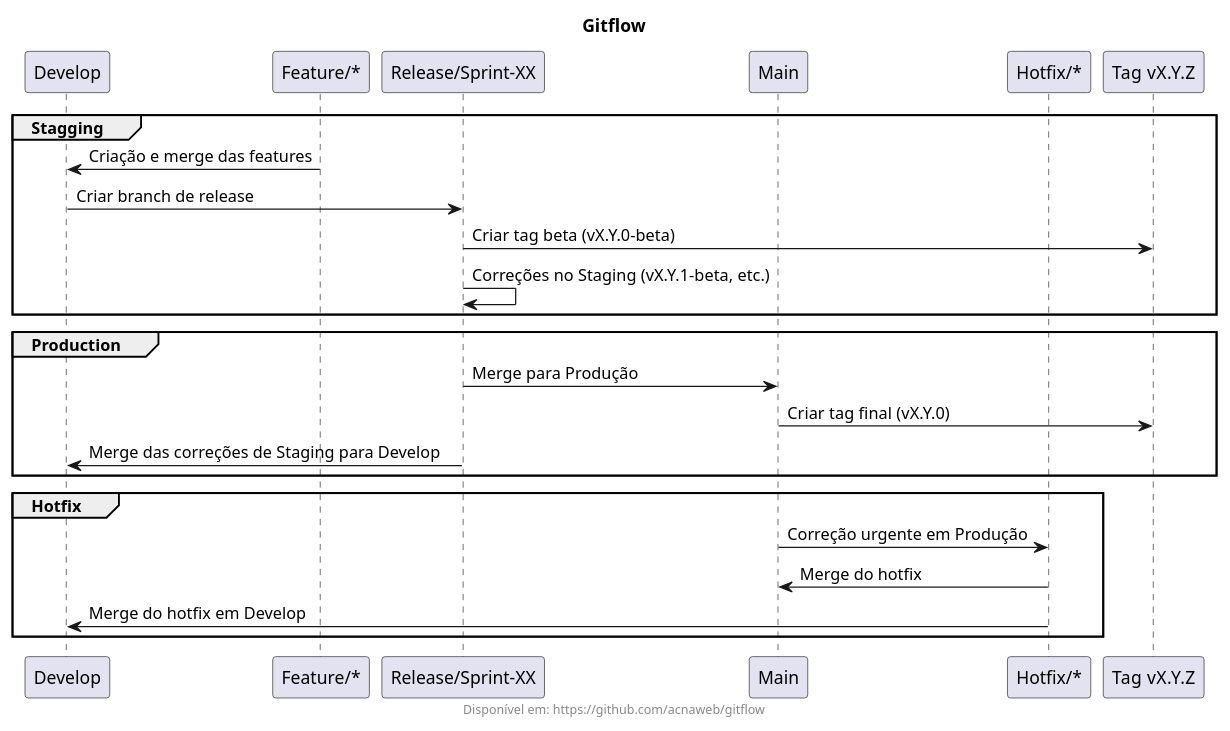
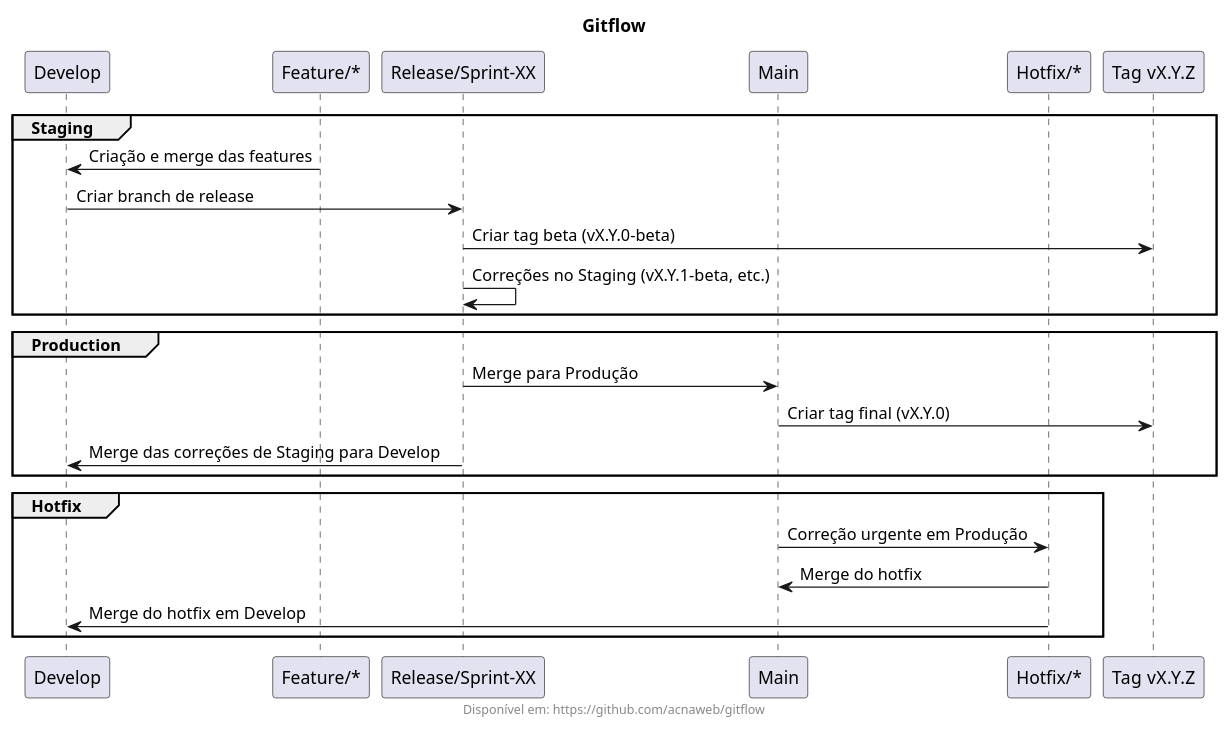
One commit to acnaweb/gitflow changed the diagram in docs/diagrams.puml. Above: the diagram before and after it, drawn with PlantUML. The commit also changed 2 other files, not shown here.

Commit message:
feat: add cd-stagging

```diff
--- a/docs/diagrams.puml
+++ b/docs/diagrams.puml
@@ -1,34 +1,34 @@
 @startuml image
 
 title Gitflow
 footer Disponível em: https://github.com/acnaweb/gitflow
 
 participant "Develop" as Dev
 participant "Feature/*" as Feature
 participant "Release/Sprint-XX" as Release
 participant "Main" as Main
 participant "Hotfix/*" as Hotfix
 participant "Tag vX.Y.Z" as Tag
 
-group Stagging
+group Staging
     Feature -> Dev: Criação e merge das features
     Dev -> Release: Criar branch de release
     Release -> Tag: Criar tag beta (vX.Y.0-beta)
     Release -> Release: Correções no Staging (vX.Y.1-beta, etc.)
 end 
 
 group Production
     Release -> Main: Merge para Produção
     Main -> Tag: Criar tag final (vX.Y.0)
     Release -> Dev: Merge das correções de Staging para Develop
 end
 
 group Hotfix
     Main -> Hotfix: Correção urgente em Produção
     Hotfix -> Main: Merge do hotfix
     Hotfix -> Dev: Merge do hotfix em Develop
 end 
 
 
 
 @enduml
```
